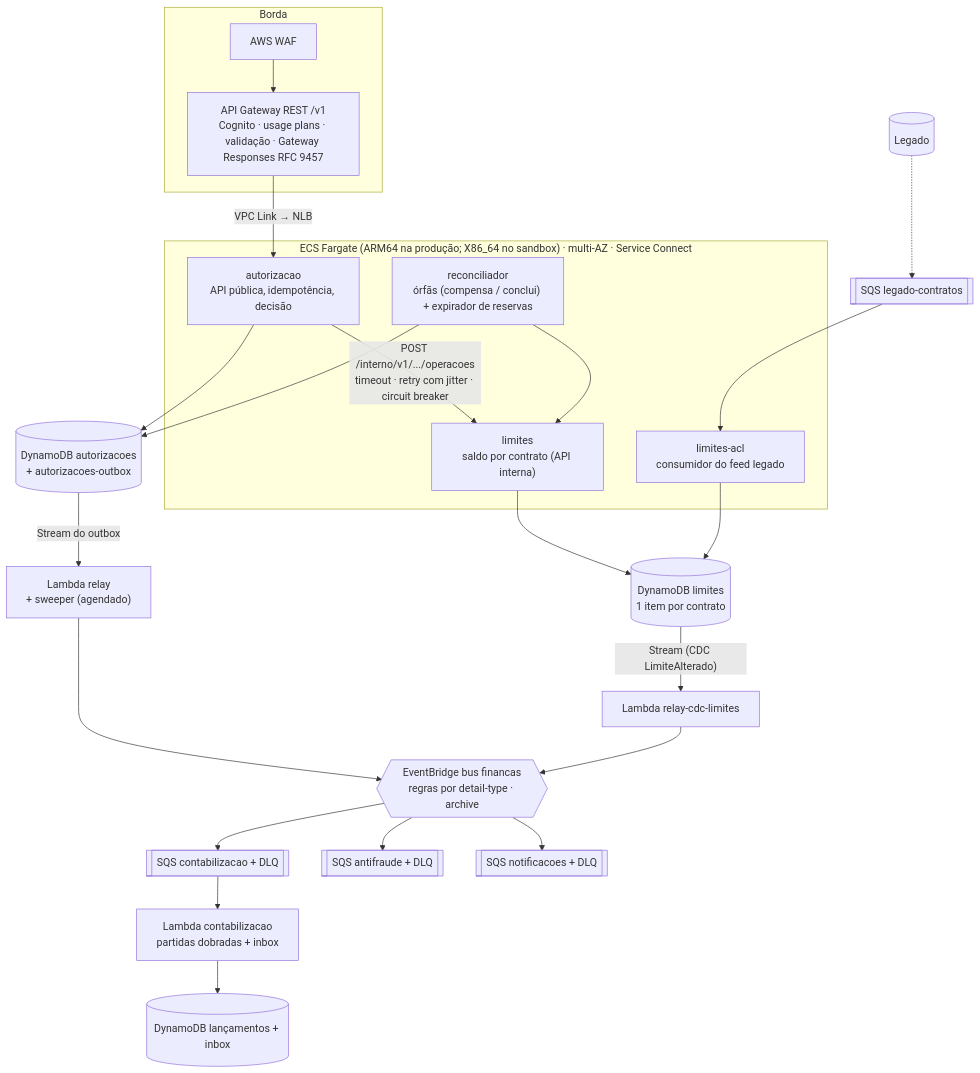
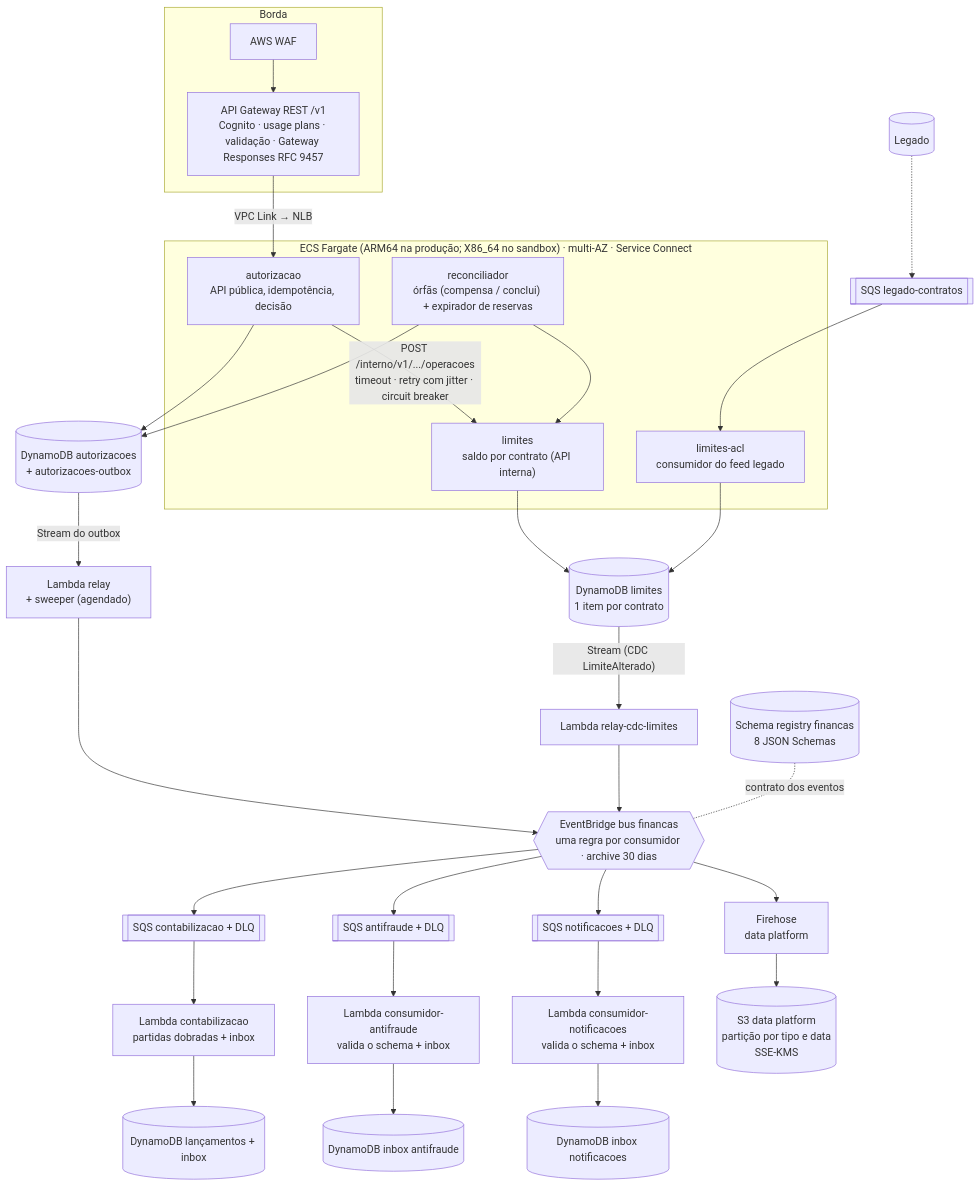
Before and after one commit to giovanedms/desafio-zup: the diagram in docs/arquitetura/diagramas/02-containers.mmd, drawn with Mermaid. The commit also changed 10 other files, not shown here.

Commit message:
Diagramas de containers, eventos e implantação com consumidores, data platform e schema registry; README com os diagramas

```diff
--- a/docs/arquitetura/diagramas/02-containers.mmd
+++ b/docs/arquitetura/diagramas/02-containers.mmd
@@ -1,26 +1,28 @@
 flowchart TB
   subgraph Borda
     WAF[AWS WAF] --> GW["API Gateway REST /v1<br/>Cognito · usage plans · validação · Gateway Responses RFC 9457"]
   end
   GW -->|VPC Link → NLB| AUT
   subgraph ECS["ECS Fargate (ARM64 na produção; X86_64 no sandbox) · multi-AZ · Service Connect"]
     AUT["autorizacao<br/>API pública, idempotência, decisão"]
     LIM["limites<br/>saldo por contrato (API interna)"]
     ACL["limites-acl<br/>consumidor do feed legado"]
     REC["reconciliador<br/>órfãs (compensa / conclui) + expirador de reservas"]
   end
   AUT -->|"POST /interno/v1/.../operacoes<br/>timeout · retry com jitter · circuit breaker"| LIM
   REC --> LIM
   AUT --> DA[("DynamoDB autorizacoes<br/>+ autorizacoes-outbox")]
   REC --> DA
   LIM --> DL[("DynamoDB limites<br/>1 item por contrato")]
   ACL --> DL
   FILA_LEG[[SQS legado-contratos]] --> ACL
   LEG[(Legado)] -.-> FILA_LEG
   DA -- Stream do outbox --> RELAY["Lambda relay<br/>+ sweeper (agendado)"]
   DL -- Stream (CDC LimiteAlterado) --> RELAYCDC["Lambda relay-cdc-limites"]
-  RELAY --> BUS{{"EventBridge bus financas<br/>regras por detail-type · archive"}}
+  RELAY --> BUS{{"EventBridge bus financas<br/>uma regra por consumidor · archive 30 dias"}}
   RELAYCDC --> BUS
+  REG[("Schema registry financas<br/>8 JSON Schemas")] -. "contrato dos eventos" .- BUS
   BUS --> Q1[[SQS contabilizacao + DLQ]] --> CTB["Lambda contabilizacao<br/>partidas dobradas + inbox"] --> DC[("DynamoDB lançamentos + inbox")]
-  BUS --> Q2[[SQS antifraude + DLQ]]
-  BUS --> Q3[[SQS notificacoes + DLQ]]
+  BUS --> Q2[[SQS antifraude + DLQ]] --> CAF["Lambda consumidor-antifraude<br/>valida o schema + inbox"] --> DCA[("DynamoDB inbox antifraude")]
+  BUS --> Q3[[SQS notificacoes + DLQ]] --> CNT["Lambda consumidor-notificacoes<br/>valida o schema + inbox"] --> DCN[("DynamoDB inbox notificacoes")]
+  BUS --> FH["Firehose<br/>data platform"] --> S3P[("S3 data platform<br/>partição por tipo e data<br/>SSE-KMS")]
```
